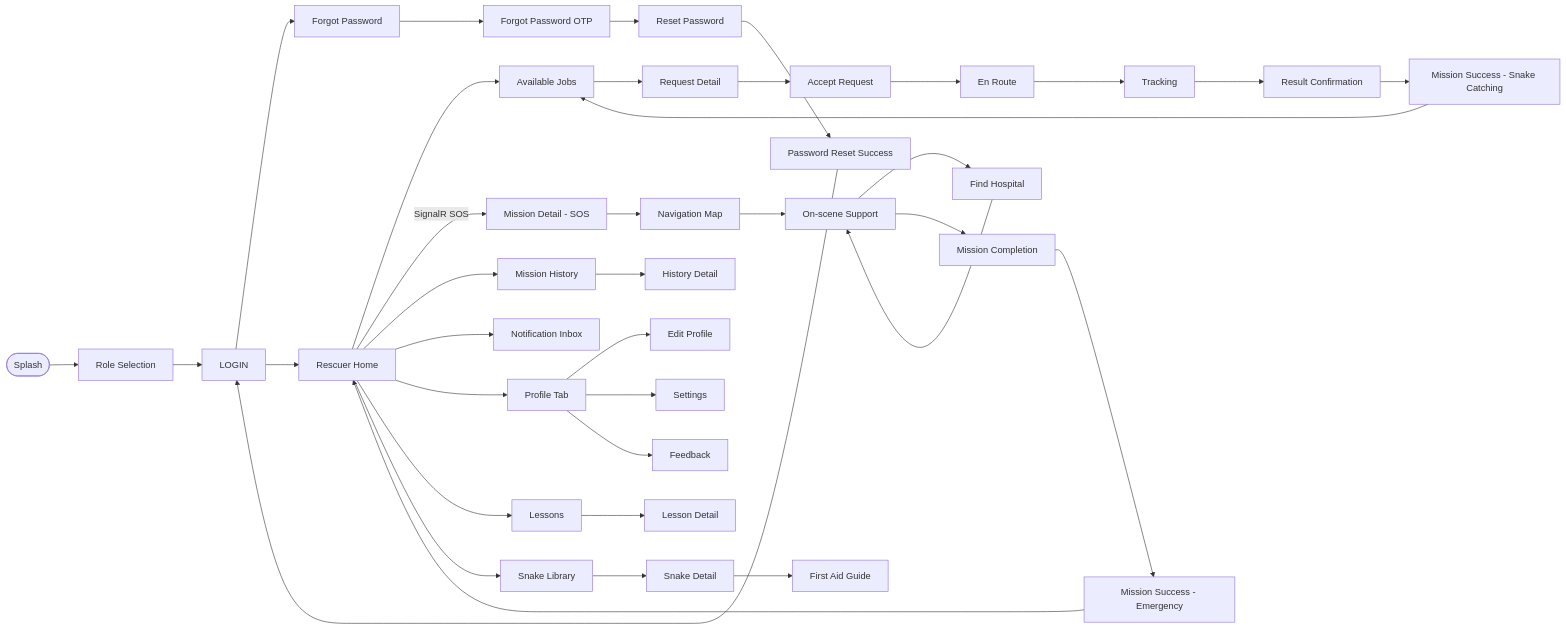
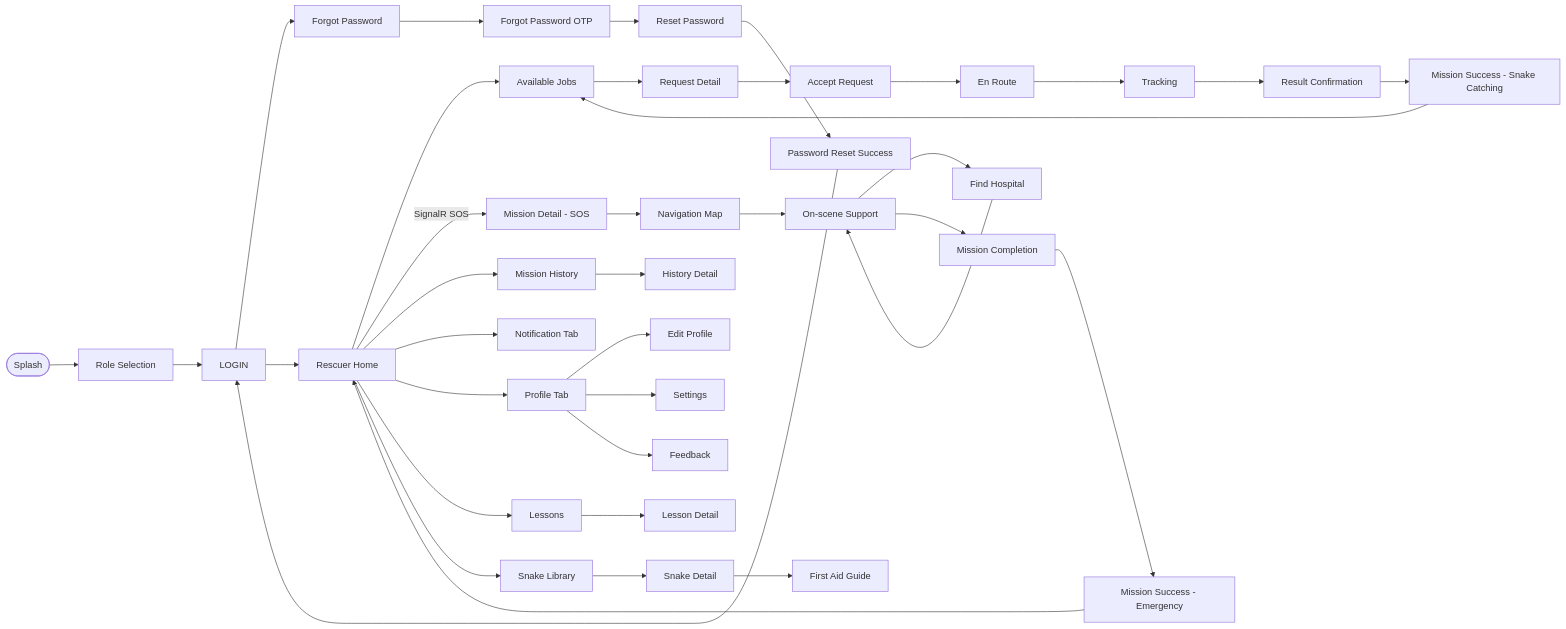
One commit to Snake-AID/SnakeAid.Mobile changed the diagram in docs/01-Requirements/ScreenFlow-Diagram/Rescuer/Rescuer-Screen-Flow.md. Above: the diagram before and after it, drawn with Mermaid. The commit also changed other lines of this file and 1 other file, not shown here.

Commit message:
fix(docs): update terminology from "Notification Inbox" to "Notification Tab" for consistency in Member and Rescuer Screen Flow documentation

````diff
--- a/docs/01-Requirements/ScreenFlow-Diagram/Rescuer/Rescuer-Screen-Flow.md
+++ b/docs/01-Requirements/ScreenFlow-Diagram/Rescuer/Rescuer-Screen-Flow.md
@@ -11,49 +11,49 @@
 ```mermaid
 flowchart LR
     SPLASH([Splash]) --> ROLE[Role Selection]
 
     ROLE --> LOGIN
 
     LOGIN --> FP[Forgot Password]
     FP --> FPOTP[Forgot Password OTP]
     FPOTP --> RPSET[Reset Password]
     RPSET --> RPSUCC[Password Reset Success]
     RPSUCC --> LOGIN
 
     LOGIN --> HOME[Rescuer Home]
 
     HOME --> JOBS[Available Jobs]
     JOBS --> REQD[Request Detail]
     REQD --> ACCEPT[Accept Request]
     ACCEPT --> ENRT[En Route]
     ENRT --> TRACK[Tracking]
     TRACK --> RESCONF[Result Confirmation]
     RESCONF --> SCSUCC[Mission Success - Snake Catching]
     SCSUCC --> JOBS
 
     HOME -->|SignalR SOS| EDETAIL[Mission Detail - SOS]
     EDETAIL --> ENAV[Navigation Map]
     ENAV --> ESUPPORT[On-scene Support]
     ESUPPORT --> EHOSP[Find Hospital]
     EHOSP --> ESUPPORT
     ESUPPORT --> ECOMPL[Mission Completion]
     ECOMPL --> ESUCC[Mission Success - Emergency]
     ESUCC --> HOME
 
     HOME --> HIST[Mission History]
     HIST --> HISTD[History Detail]
-    HOME --> NOTIF[Notification Inbox]
+    HOME --> NOTIF[Notification Tab]
 
     HOME --> PROFILE[Profile Tab]
     PROFILE --> EDITP[Edit Profile]
     PROFILE --> SETTINGS[Settings]
     PROFILE --> FEEDBACK[Feedback]
 
     HOME --> LESSONS[Lessons]
     LESSONS --> LESSDET[Lesson Detail]
 
     HOME --> SNAKELIB[Snake Library]
     SNAKELIB --> SDETAIL[Snake Detail]
     SDETAIL --> GUIDE[First Aid Guide]
 
 ```
````
